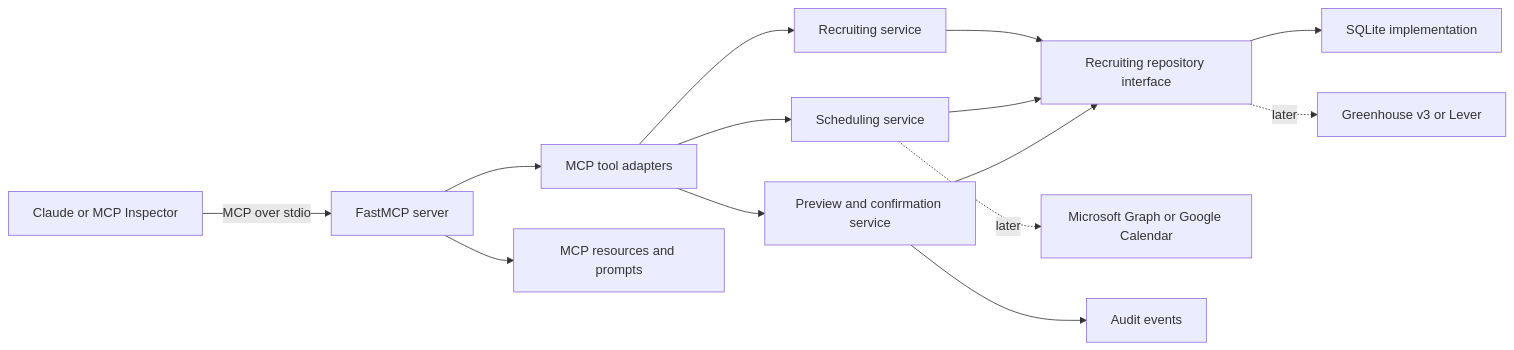
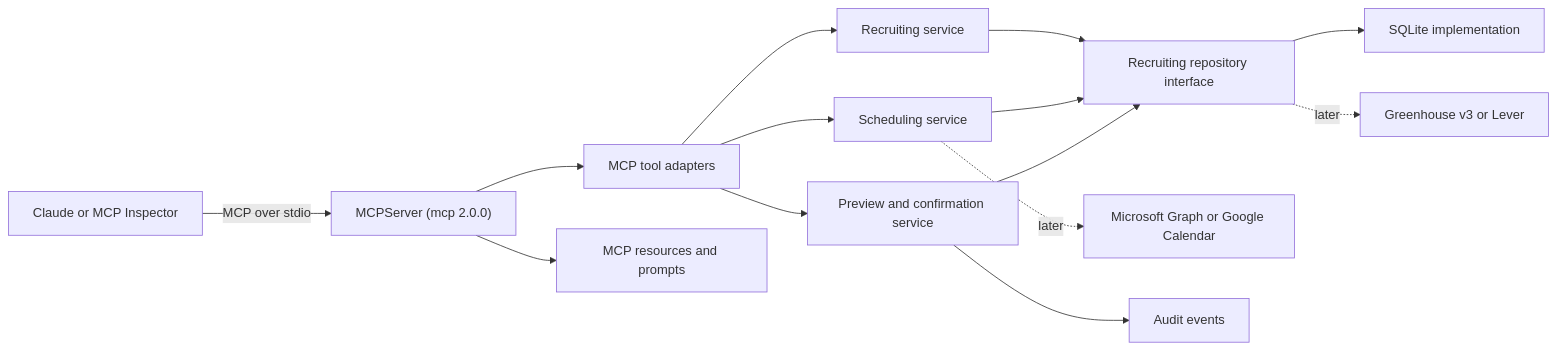
The diagram in PLAN.md (restuffle/talent-ops-mcp), drawn with Mermaid before and after one commit. The commit also changed other lines of this file and 19 other files, not shown here.

````diff
--- a/PLAN.md
+++ b/PLAN.md
@@ -146,16 +218,16 @@
 ```mermaid
 flowchart LR
-    Host["Claude or MCP Inspector"] -->|"MCP over stdio"| Server["FastMCP server"]
+    Host["Claude or MCP Inspector"] -->|"MCP over stdio"| Server["MCPServer (mcp 2.0.0)"]
     Server --> Tools["MCP tool adapters"]
     Server --> Resources["MCP resources and prompts"]
     Tools --> Recruiting["Recruiting service"]
     Tools --> Scheduling["Scheduling service"]
     Tools --> Confirmation["Preview and confirmation service"]
     Recruiting --> Repo["Recruiting repository interface"]
     Scheduling --> Repo
     Confirmation --> Repo
     Repo --> SQLite["SQLite implementation"]
     Repo -. "later" .-> ATS["Greenhouse v3 or Lever"]
     Scheduling -. "later" .-> Calendar["Microsoft Graph or Google Calendar"]
     Confirmation --> Audit["Audit events"]
 ```
````
